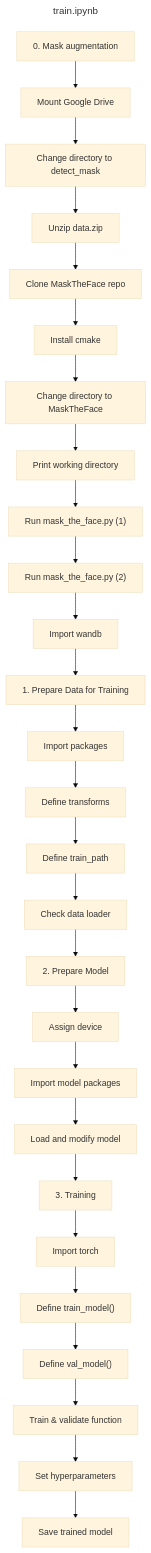
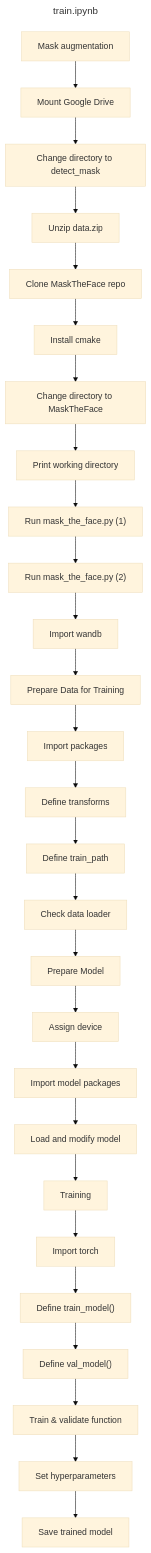
Before and after one commit to phUR99/Project: the first of 2 diagrams in 인공지능개론/README.md, drawn with Mermaid (base theme).

Commit message:
자료구조론, 인공지능개론 수정

````diff
--- a/인공지능개론/README.md
+++ b/인공지능개론/README.md
@@ -1,43 +1,43 @@
 ```mermaid
 ---
 title : train.ipynb
 ---
 graph TD
-    A0["0. Mask augmentation"]
+    A0["Mask augmentation"]
     A1["Mount Google Drive"]
     A2["Change directory to detect_mask"]
     A3["Unzip data.zip"]
     A4["Clone MaskTheFace repo"]
     A5["Install cmake"]
     A6["Change directory to MaskTheFace"]
     A7["Print working directory"]
     A8["Run mask_the_face.py (1)"]
     A9["Run mask_the_face.py (2)"]
     A10["Import wandb"]
 
-    B0["1. Prepare Data for Training"]
+    B0["Prepare Data for Training"]
     B1["Import packages"]
     B2["Define transforms"]
     B3["Define train_path"]
     B4["Check data loader"]
 
-    C0["2. Prepare Model"]
+    C0["Prepare Model"]
     C1["Assign device"]
     C2["Import model packages"]
     C3["Load and modify model"]
 
-    D0["3. Training"]
+    D0["Training"]
     D1["Import torch"]
     D2["Define train_model()"]
     D3["Define val_model()"]
     D4["Train & validate function"]
     D5["Set hyperparameters"]
     D6["Save trained model"]
 
     A0 --> A1 --> A2 --> A3 --> A4 --> A5 --> A6 --> A7 --> A8 --> A9 --> A10
     A10 --> B0
     B0 --> B1 --> B2 --> B3 --> B4 --> C0
     C0 --> C1 --> C2 --> C3 --> D0
     D0 --> D1 --> D2 --> D3 --> D4 --> D5 --> D6
 
 ```
````
